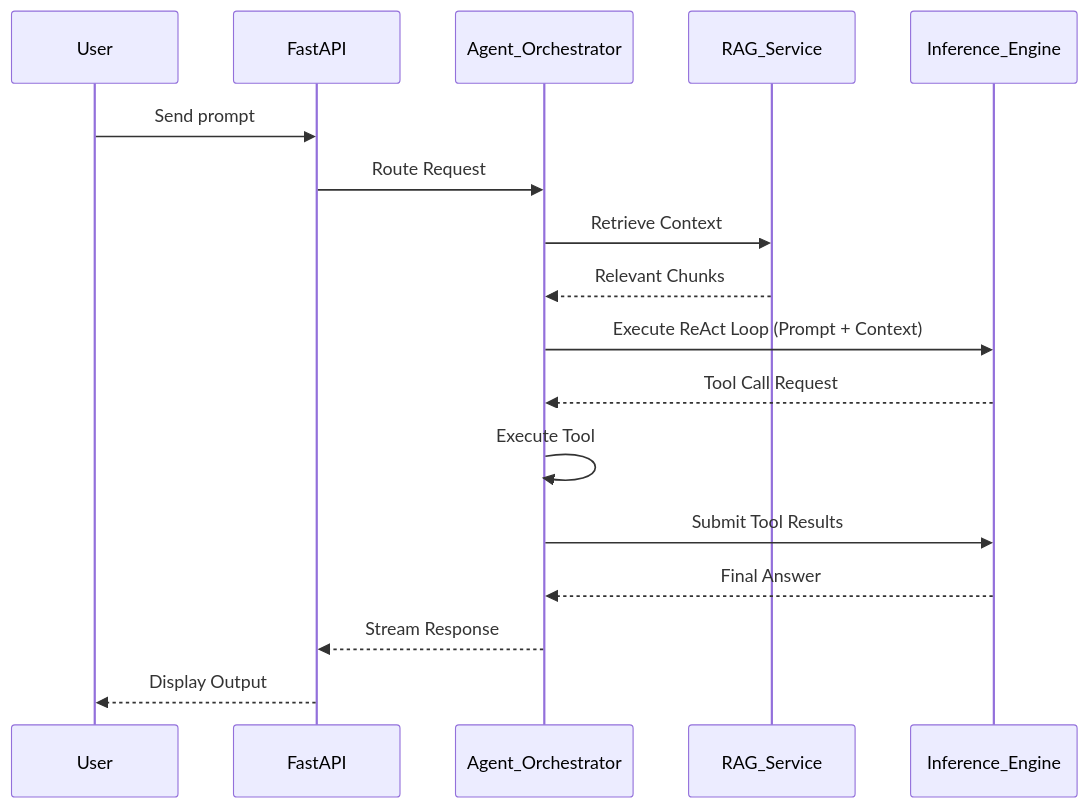
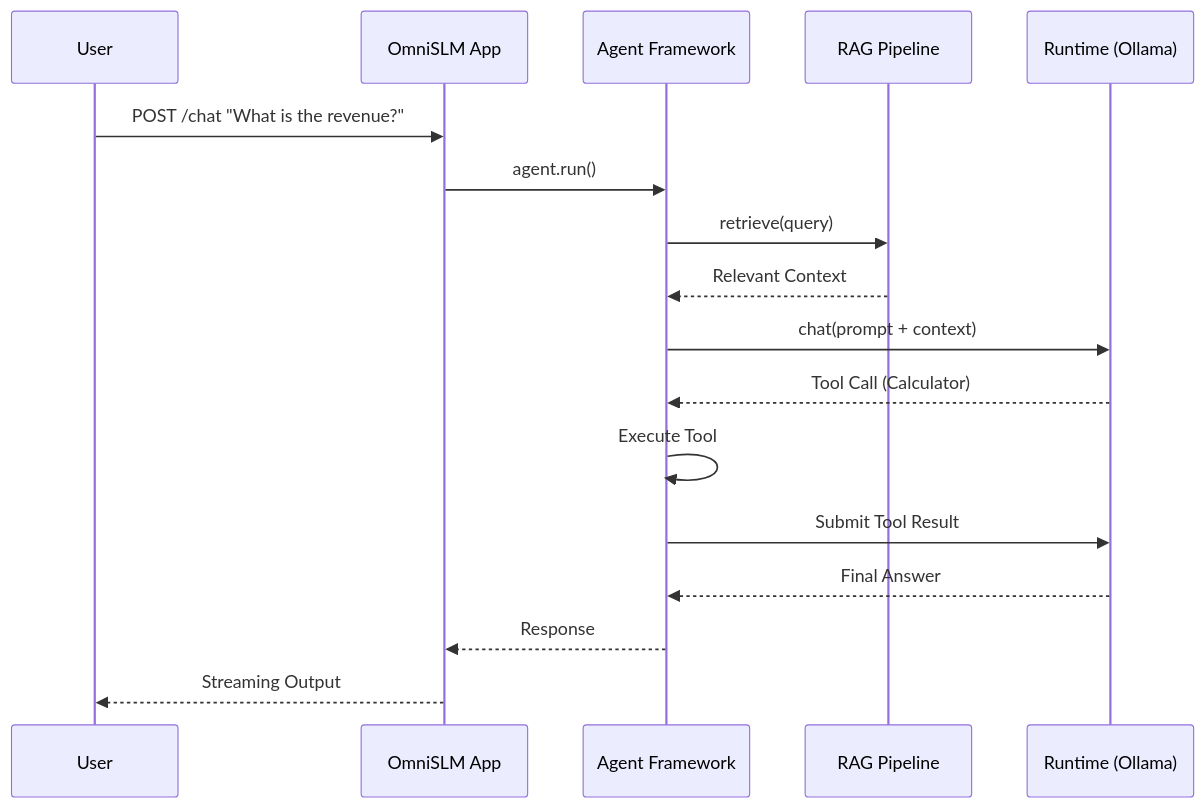
Before and after one commit to sudeshsudhii/OmniSLM: the second of 2 diagrams in README.md, drawn with Mermaid. The commit also changed other lines of this file, not shown here.

Commit message:
docs: completely rewrite README for modular framework architecture

````diff
--- a/README.md
+++ b/README.md
@@ -126,20 +134,20 @@
 ```mermaid
 sequenceDiagram
     participant User
-    participant API as FastAPI
-    participant Orchestrator as Agent_Orchestrator
-    participant RAG as RAG_Service
-    participant LLM as Inference_Engine
+    participant SDK as OmniSLM App
+    participant AGT as Agent Framework
+    participant RAG as RAG Pipeline
+    participant RT as Runtime (Ollama)
     
-    User->>API: Send prompt
-    API->>Orchestrator: Route Request
-    Orchestrator->>RAG: Retrieve Context
-    RAG-->>Orchestrator: Relevant Chunks
-    Orchestrator->>LLM: Execute ReAct Loop (Prompt + Context)
-    LLM-->>Orchestrator: Tool Call Request
-    Orchestrator->>Orchestrator: Execute Tool
-    Orchestrator->>LLM: Submit Tool Results
-    LLM-->>Orchestrator: Final Answer
-    Orchestrator-->>API: Stream Response
-    API-->>User: Display Output
+    User->>SDK: POST /chat "What is the revenue?"
+    SDK->>AGT: agent.run()
+    AGT->>RAG: retrieve(query)
+    RAG-->>AGT: Relevant Context
+    AGT->>RT: chat(prompt + context)
+    RT-->>AGT: Tool Call (Calculator)
+    AGT->>AGT: Execute Tool
+    AGT->>RT: Submit Tool Result
+    RT-->>AGT: Final Answer
+    AGT-->>SDK: Response
+    SDK-->>User: Streaming Output
 ```
````
